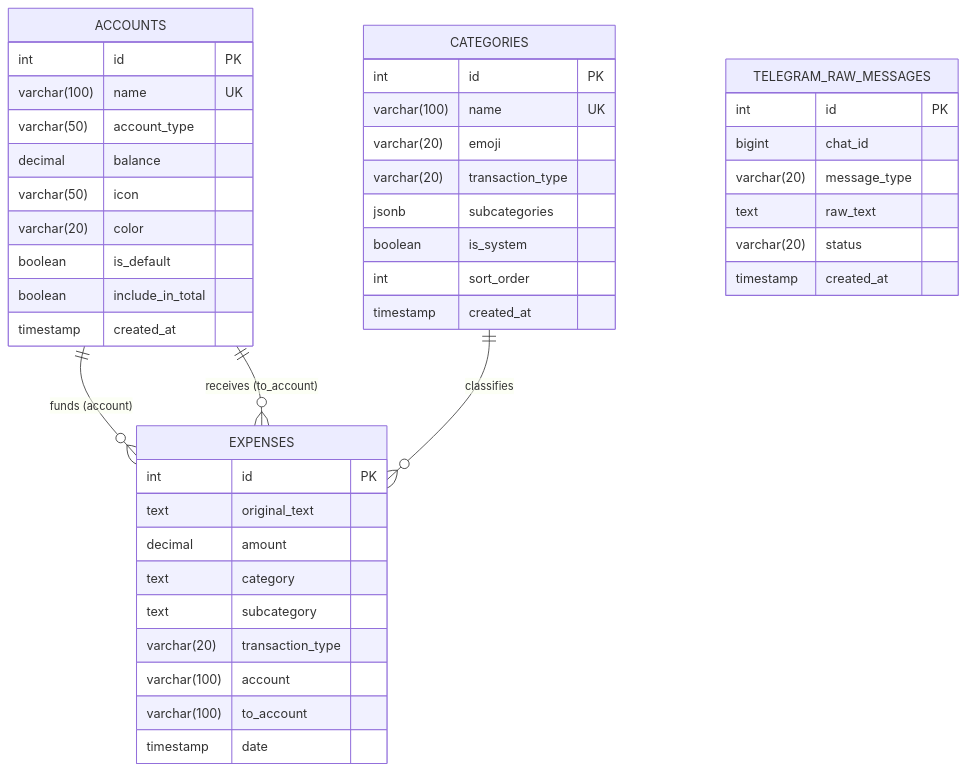
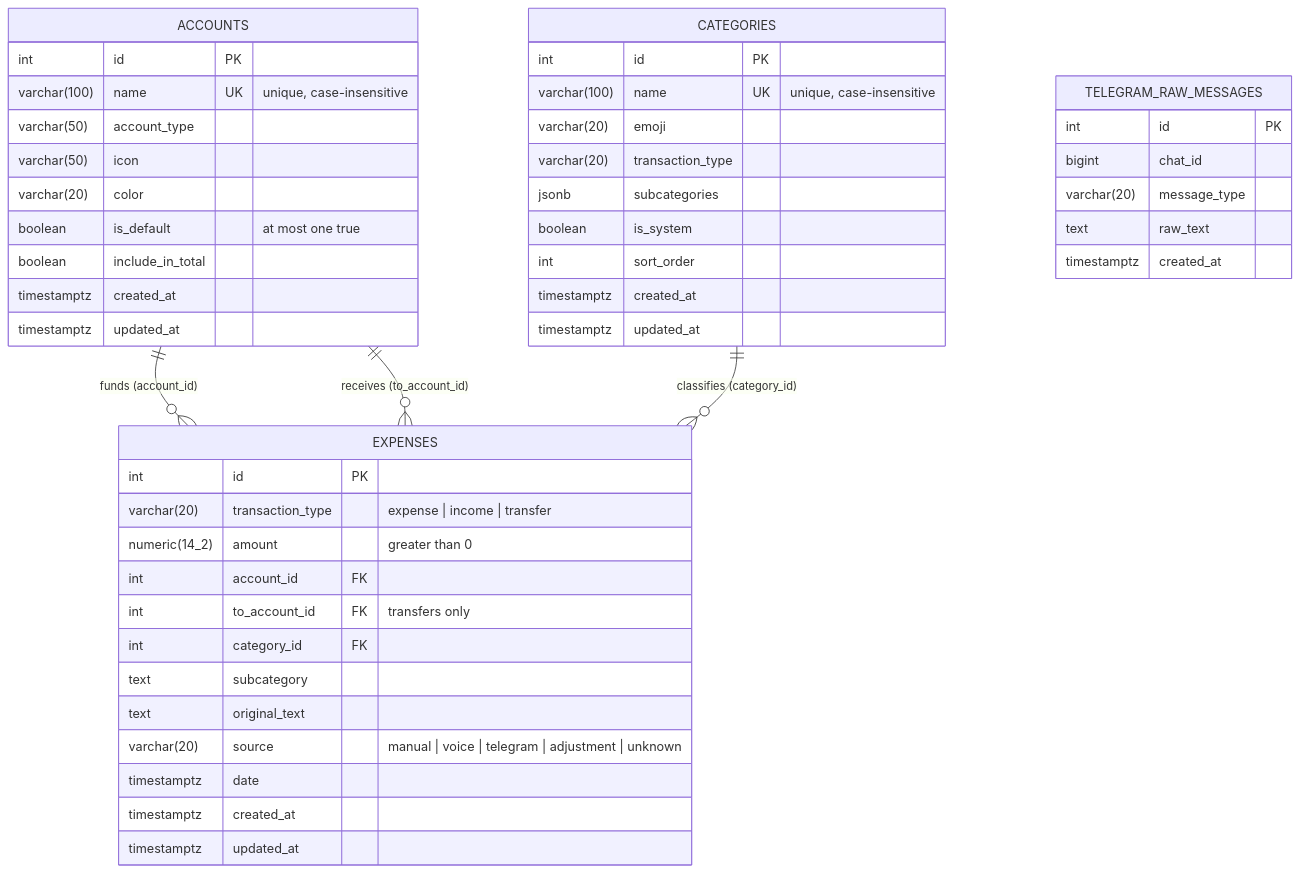
One commit to sabari-n/sense-ledger-multimodal-expense-tracker changed the fourth of 4 diagrams in ARCHITECTURE.md. Above: the diagram before and after it, drawn with Mermaid. The commit also changed other lines of this file and 29 other files, not shown here.

First line of the commit message:
feat: ledger-based balances, normalized schema with migrations, zod validation

````diff
--- a/ARCHITECTURE.md
+++ b/ARCHITECTURE.md
@@ -242,50 +242,53 @@
 ```mermaid
 erDiagram
-    ACCOUNTS ||--o{ EXPENSES : "funds (account)"
-    ACCOUNTS ||--o{ EXPENSES : "receives (to_account)"
-    CATEGORIES ||--o{ EXPENSES : "classifies"
+    ACCOUNTS ||--o{ EXPENSES : "funds (account_id)"
+    ACCOUNTS ||--o{ EXPENSES : "receives (to_account_id)"
+    CATEGORIES ||--o{ EXPENSES : "classifies (category_id)"
 
     ACCOUNTS {
         int id PK
-        varchar(100) name UK
+        varchar(100) name UK "unique, case-insensitive"
         varchar(50) account_type
-        decimal balance
         varchar(50) icon
         varchar(20) color
-        boolean is_default
+        boolean is_default "at most one true"
         boolean include_in_total
-        timestamp created_at
+        timestamptz created_at
+        timestamptz updated_at
     }
 
     EXPENSES {
         int id PK
+        varchar(20) transaction_type "expense | income | transfer"
+        numeric(14_2) amount "greater than 0"
+        int account_id FK
+        int to_account_id FK "transfers only"
+        int category_id FK
+        text subcategory
         text original_text
-        decimal amount
-        text category
-        text subcategory
-        varchar(20) transaction_type
-        varchar(100) account
-        varchar(100) to_account
-        timestamp date
+        varchar(20) source "manual | voice | telegram | adjustment | unknown"
+        timestamptz date
+        timestamptz created_at
+        timestamptz updated_at
     }
 
     CATEGORIES {
         int id PK
-        varchar(100) name UK
+        varchar(100) name UK "unique, case-insensitive"
         varchar(20) emoji
         varchar(20) transaction_type
         jsonb subcategories
         boolean is_system
         int sort_order
-        timestamp created_at
+        timestamptz created_at
+        timestamptz updated_at
     }
 
     TELEGRAM_RAW_MESSAGES {
         int id PK
         bigint chat_id
         varchar(20) message_type
         text raw_text
-        varchar(20) status
-        timestamp created_at
+        timestamptz created_at
     }
 ```
````
